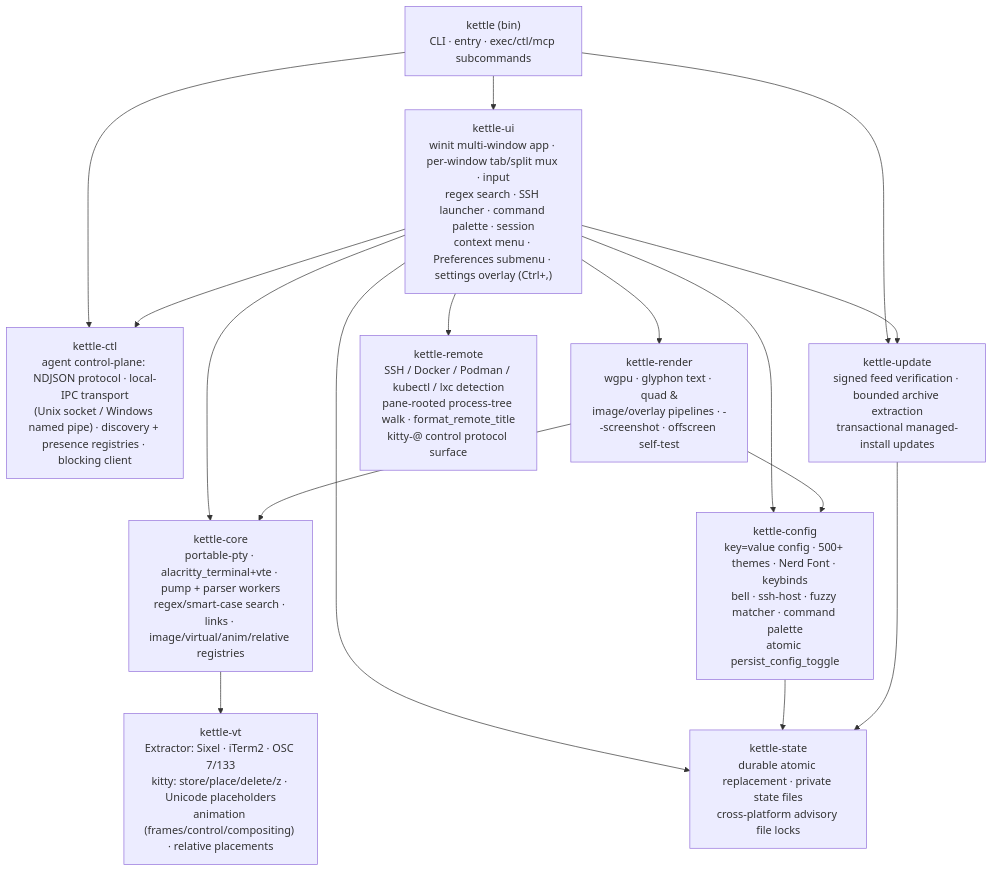
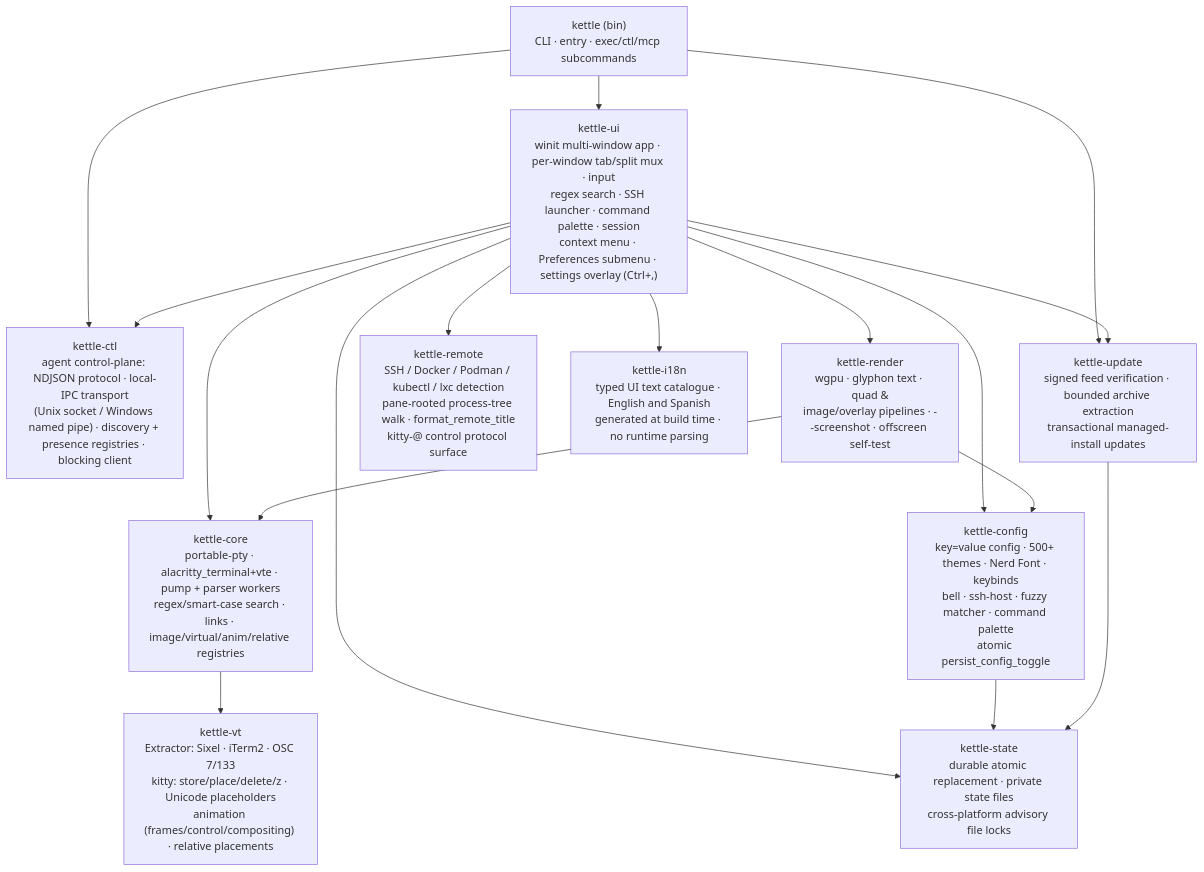
The first of 11 diagrams in docs/ARCHITECTURE.md (Reddimus/kettle), drawn with Mermaid before and after one commit. The commit also changed other lines of this file and 16 other files, not shown here.

First line of the commit message:
kettle-i18n: add the typed UI text catalogue

````diff
--- a/docs/ARCHITECTURE.md
+++ b/docs/ARCHITECTURE.md
@@ -10,22 +10,24 @@
 ```mermaid
 graph TD
     bin["kettle (bin)<br/>CLI · entry · exec/ctl/mcp subcommands"] --> ui
     bin --> ctl
     bin --> update
     ui["kettle-ui<br/>winit multi-window app · per-window tab/split mux · input<br/>regex search · SSH launcher · command palette · session<br/>context menu · Preferences submenu · settings overlay (Ctrl+,)"] --> render
     ui --> core
     ui --> cfg
     ui --> remote
     ui --> ctl
     ui --> state
     ui --> update
+    ui --> i18n
+    i18n["kettle-i18n<br/>typed UI text catalogue · English and Spanish<br/>generated at build time · no runtime parsing"]
     ctl["kettle-ctl<br/>agent control-plane: NDJSON protocol · local-IPC transport<br/>(Unix socket / Windows named pipe) · discovery + presence registries · blocking client"]
     render["kettle-render<br/>wgpu · glyphon text · quad &<br/>image/overlay pipelines · --screenshot · offscreen self-test"] --> core
     render --> cfg
     core["kettle-core<br/>portable-pty · alacritty_terminal+vte · pump + parser workers<br/>regex/smart-case search · links · image/virtual/anim/relative registries"] --> vt
     cfg["kettle-config<br/>key=value config · 500+ themes · Nerd Font · keybinds<br/>bell · ssh-host · fuzzy matcher · command palette<br/>atomic persist_config_toggle"] --> state
     vt["kettle-vt<br/>Extractor: Sixel · iTerm2 · OSC 7/133<br/>kitty: store/place/delete/z · Unicode placeholders<br/>animation (frames/control/compositing) · relative placements"]
     remote["kettle-remote<br/>SSH / Docker / Podman / kubectl / lxc detection<br/>pane-rooted process-tree walk · format_remote_title<br/>kitty-@ control protocol surface"]
     update["kettle-update<br/>signed feed verification · bounded archive extraction<br/>transactional managed-install updates"] --> state
     state["kettle-state<br/>durable atomic replacement · private state files<br/>cross-platform advisory file locks"]
 ```
````
